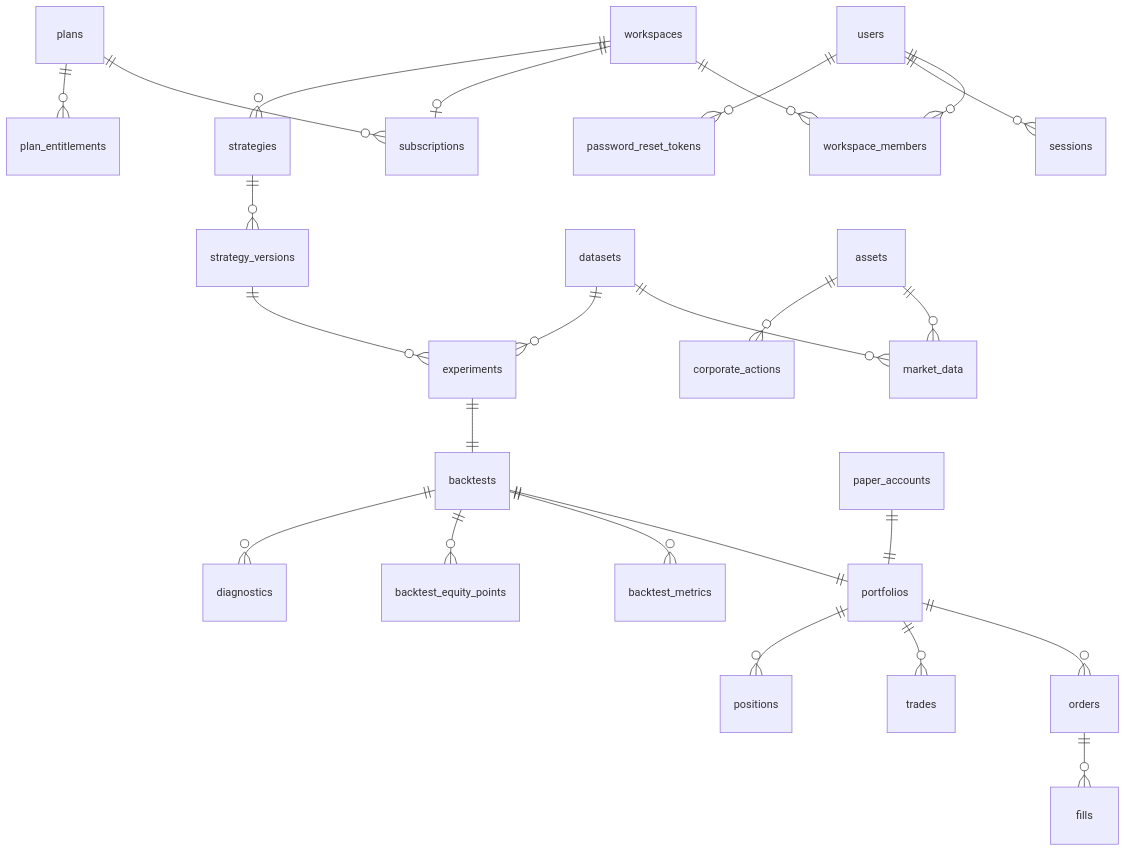
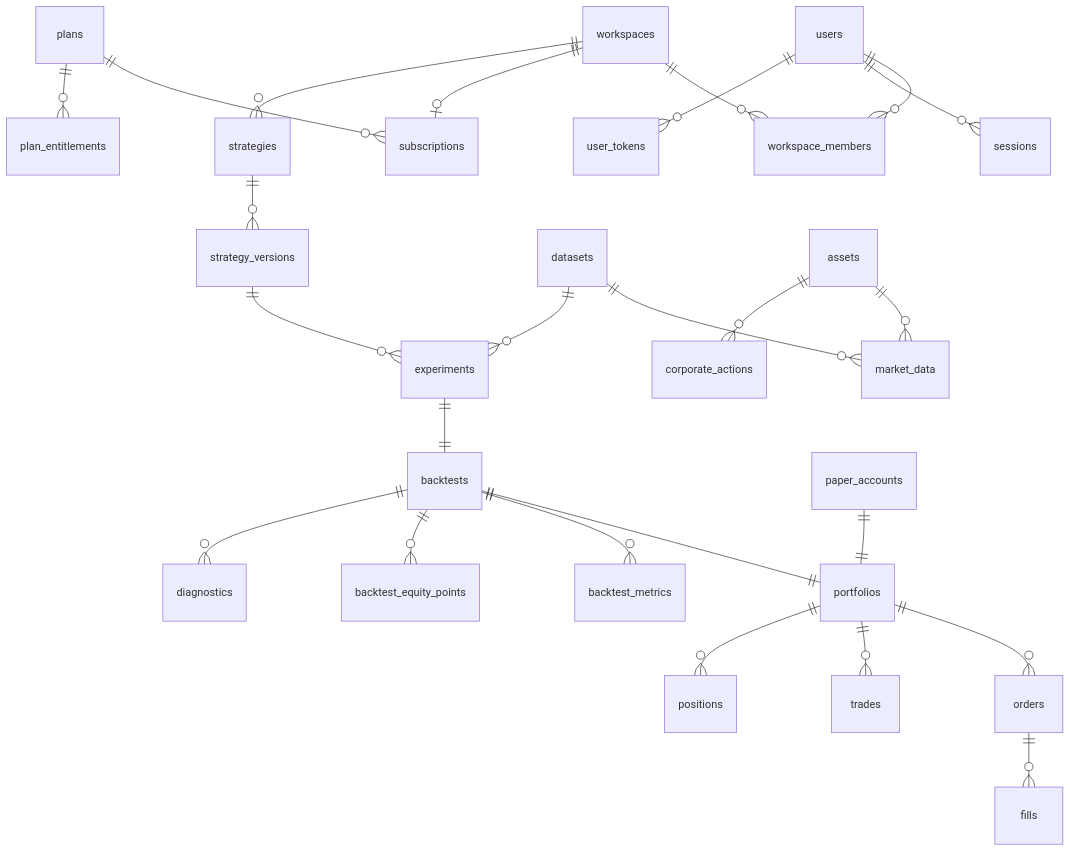
The second of 2 diagrams in ARCHITECTURE.md (tarosmmm-hub/AxiomQ), drawn with Mermaid before and after one commit. The commit also changed other lines of this file and 165 other files, not shown here.

````diff
--- a/ARCHITECTURE.md
+++ b/ARCHITECTURE.md
@@ -460,27 +492,27 @@
 ```mermaid
 erDiagram
   users ||--o{ workspace_members : ""
   workspaces ||--o{ workspace_members : ""
   workspaces ||--o| subscriptions : ""
   plans ||--o{ subscriptions : ""
   plans ||--o{ plan_entitlements : ""
   users ||--o{ sessions : ""
-  users ||--o{ password_reset_tokens : ""
+  users ||--o{ user_tokens : ""
   workspaces ||--o{ strategies : ""
   strategies ||--o{ strategy_versions : ""
   datasets ||--o{ market_data : ""
   assets ||--o{ market_data : ""
   assets ||--o{ corporate_actions : ""
   strategy_versions ||--o{ experiments : ""
   datasets ||--o{ experiments : ""
   experiments ||--|| backtests : ""
   backtests ||--|| portfolios : ""
   backtests ||--o{ backtest_metrics : ""
   backtests ||--o{ backtest_equity_points : ""
   backtests ||--o{ diagnostics : ""
   paper_accounts ||--|| portfolios : ""
   portfolios ||--o{ orders : ""
   portfolios ||--o{ trades : ""
   portfolios ||--o{ positions : ""
   orders ||--o{ fills : ""
 ```
````
